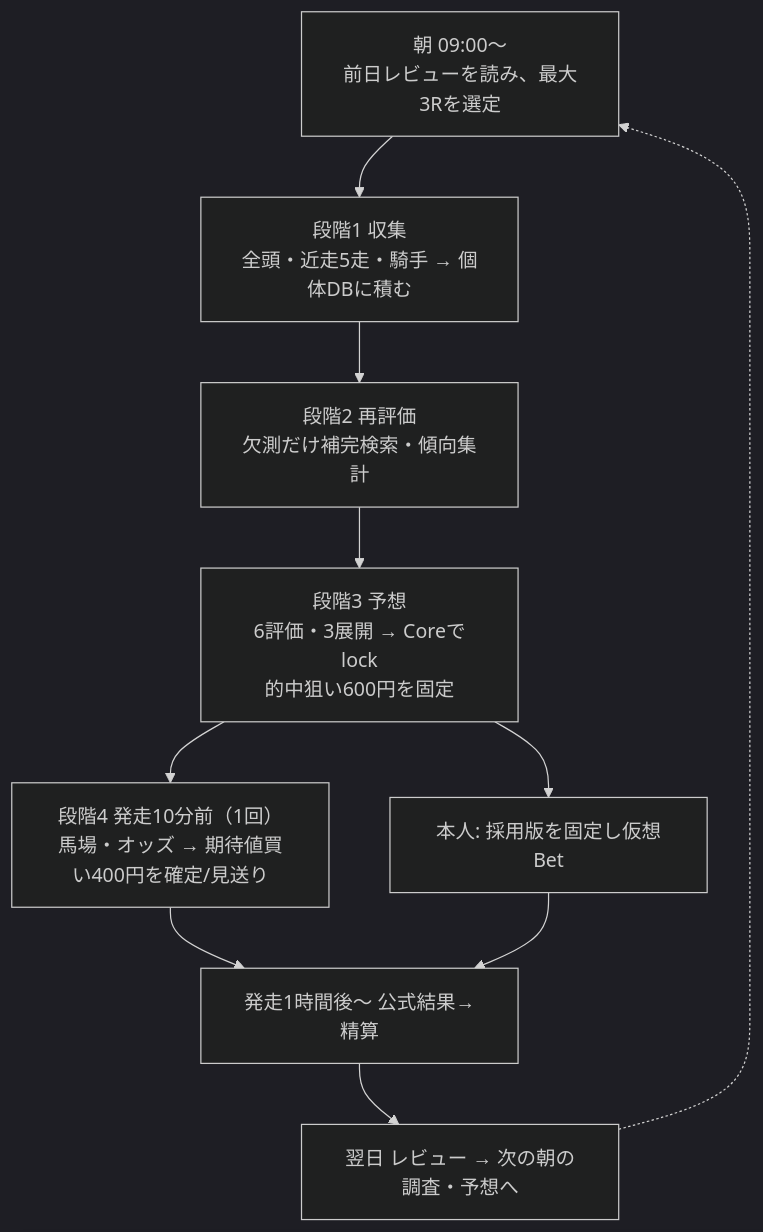
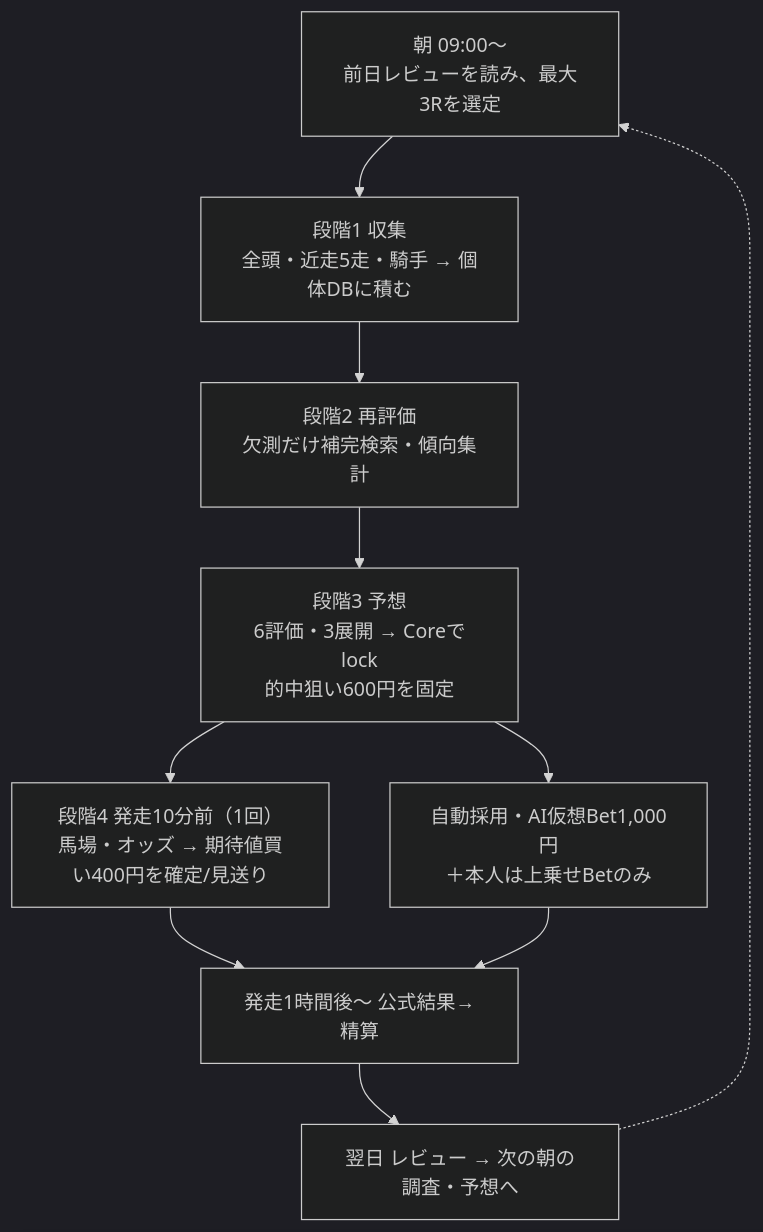
The second of 2 diagrams in README.md (Soso2e/TurfLab), drawn with Mermaid (dark theme) before and after one commit. The commit also changed other lines of this file and 17 other files, not shown here.

````diff
--- a/README.md
+++ b/README.md
@@ -31,12 +31,12 @@
 ```mermaid
 flowchart TD
   M["朝 09:00〜<br/>前日レビューを読み、最大3Rを選定"] --> S1["段階1 収集<br/>全頭・近走5走・騎手 → 個体DBに積む"]
   S1 --> S2["段階2 再評価<br/>欠測だけ補完検索・傾向集計"]
   S2 --> S3["段階3 予想<br/>6評価・3展開 → Coreでlock<br/>的中狙い600円を固定"]
   S3 --> S4["段階4 発走10分前（1回）<br/>馬場・オッズ → 期待値買い400円を確定/見送り"]
-  S3 --> U["本人: 採用版を固定し仮想Bet"]
+  S3 --> U["自動採用・AI仮想Bet1,000円<br/>＋本人は上乗せBetのみ"]
   S4 --> R["発走1時間後〜 公式結果→精算"]
   U --> R
   R --> V["翌日 レビュー → 次の朝の調査・予想へ"]
   V -.-> M
 ```
````
